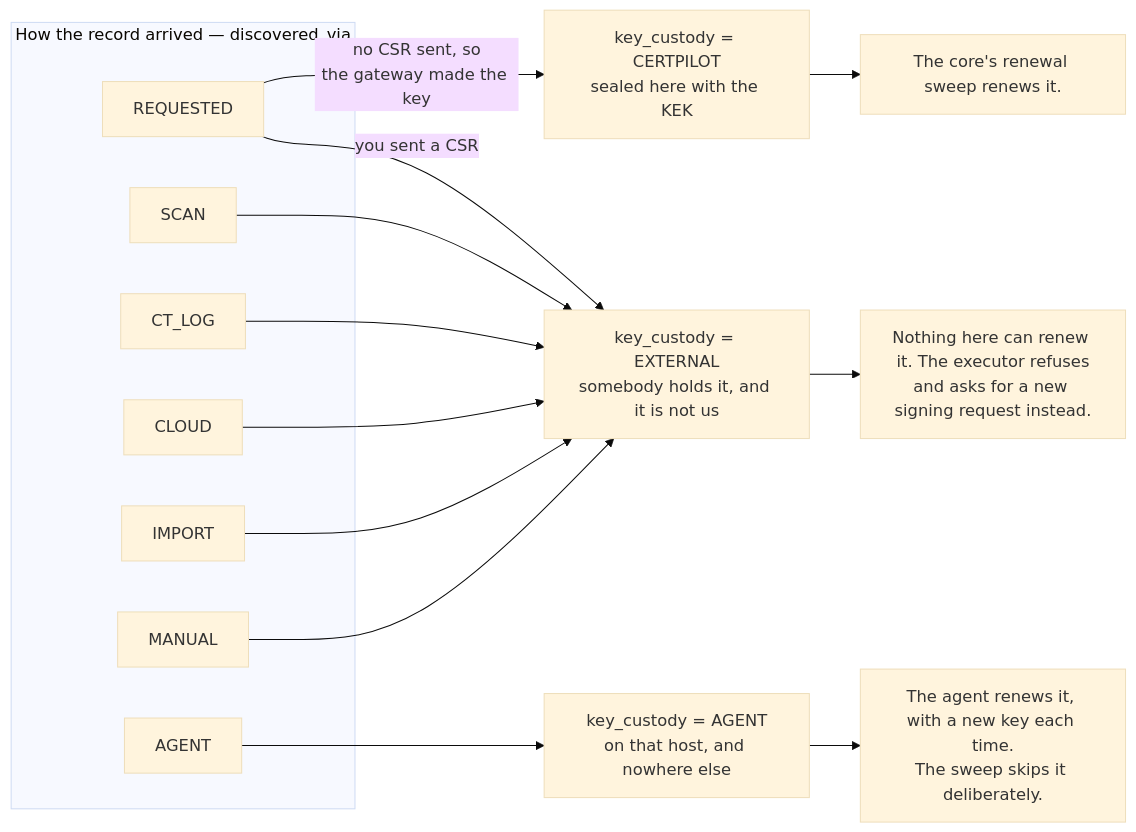
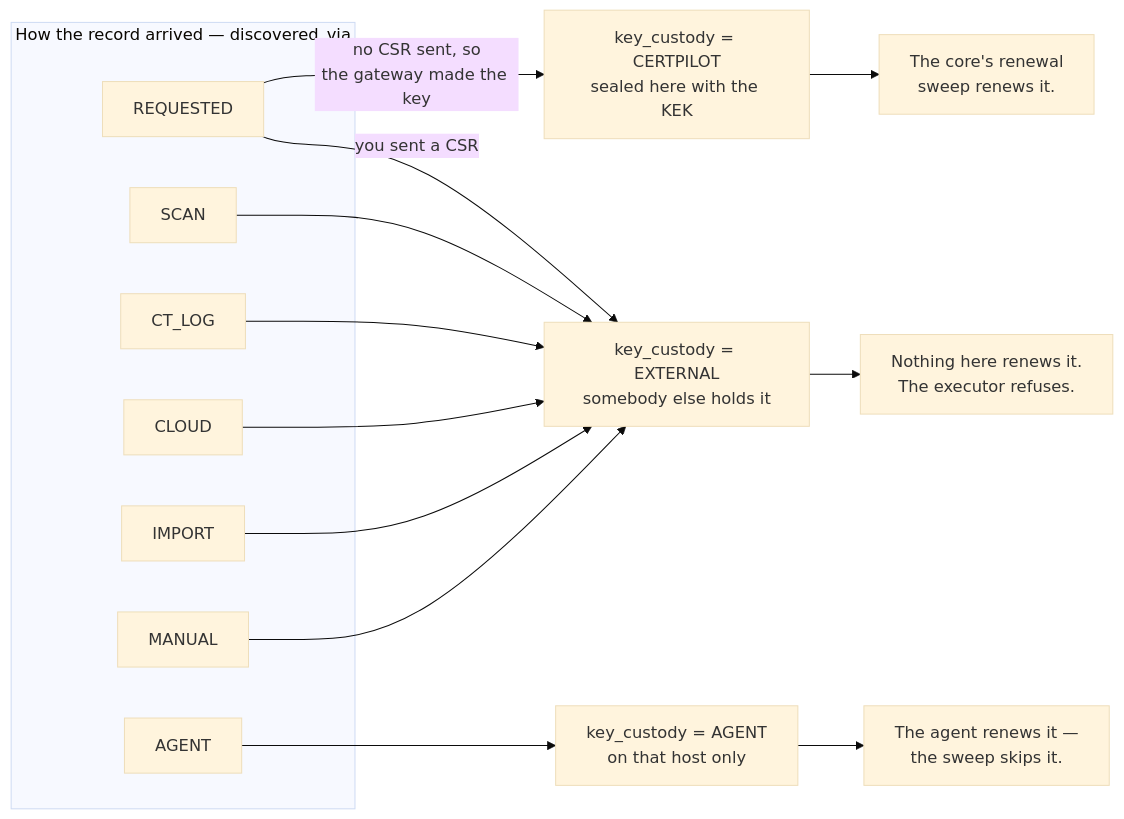
One commit to mervin008/pki_project changed the fourth of 4 diagrams in docs/architecture.md. Above: the diagram before and after it, drawn with Mermaid (base theme). The commit also changed other lines of this file and 1 other file, not shown here.

````diff
--- a/docs/architecture.md
+++ b/docs/architecture.md
@@ -339,29 +339,29 @@
 ```mermaid
 flowchart LR
     subgraph prov["How the record arrived — discovered_via"]
         RQ["REQUESTED"]
         AGT["AGENT"]
         SCN["SCAN"]
         CTL["CT_LOG"]
         CLD["CLOUD"]
         IMP["IMPORT"]
         MAN["MANUAL"]
     end
 
     CP["key_custody = CERTPILOT<br/>sealed here with the KEK"]
-    AG["key_custody = AGENT<br/>on that host, and nowhere else"]
-    EX["key_custody = EXTERNAL<br/>somebody holds it, and it is not us"]
+    AG["key_custody = AGENT<br/>on that host only"]
+    EX["key_custody = EXTERNAL<br/>somebody else holds it"]
 
     RQ -->|"no CSR sent, so<br/>the gateway made the key"| CP
     RQ -->|"you sent a CSR"| EX
     AGT --> AG
     SCN --> EX
     CTL --> EX
     CLD --> EX
     IMP --> EX
     MAN --> EX
 
-    CP --> R1["The core's renewal sweep renews it."]
-    AG --> R2["The agent renews it, with a new key each time.<br/>The sweep skips it deliberately."]
-    EX --> R3["Nothing here can renew it. The executor refuses<br/>and asks for a new signing request instead."]
+    CP --> R1["The core's renewal<br/>sweep renews it."]
+    AG --> R2["The agent renews it —<br/>the sweep skips it."]
+    EX --> R3["Nothing here renews it.<br/>The executor refuses."]
 ```
````
